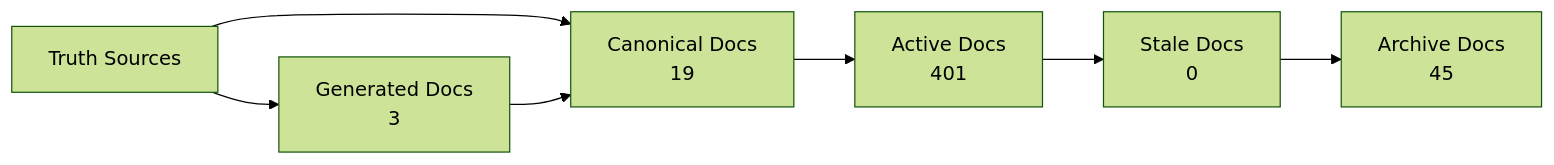
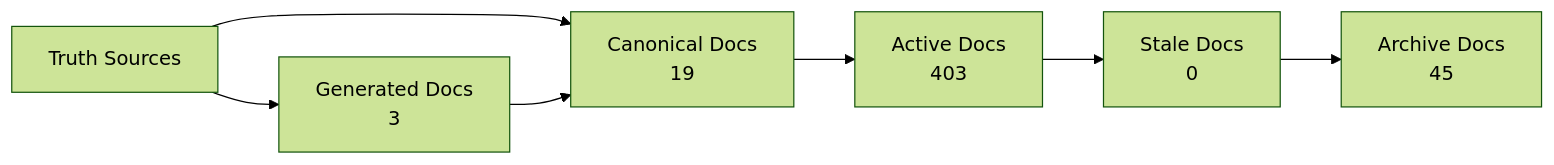
The diagram in docs/_generated/docs-trust-map.md (Latimer-Woods-Tech/Factory), drawn with Mermaid (forest theme) before and after one commit. The commit also changed other lines of this file and 8 other files, not shown here.

````diff
--- a/docs/_generated/docs-trust-map.md
+++ b/docs/_generated/docs-trust-map.md
@@ -20,14 +20,14 @@
 ```mermaid
 flowchart LR
   truth["Truth Sources"] --> canonical["Canonical Docs"]
   canonical --> active["Active Docs"]
   active --> stale["Stale Docs"]
   stale --> archive["Archive Docs"]
   canonical["Canonical Docs\n19"]
-  active["Active Docs\n401"]
+  active["Active Docs\n403"]
   stale["Stale Docs\n0"]
   archive["Archive Docs\n45"]
   generated["Generated Docs\n3"]
   truth --> generated
   generated --> canonical
 ```
````
